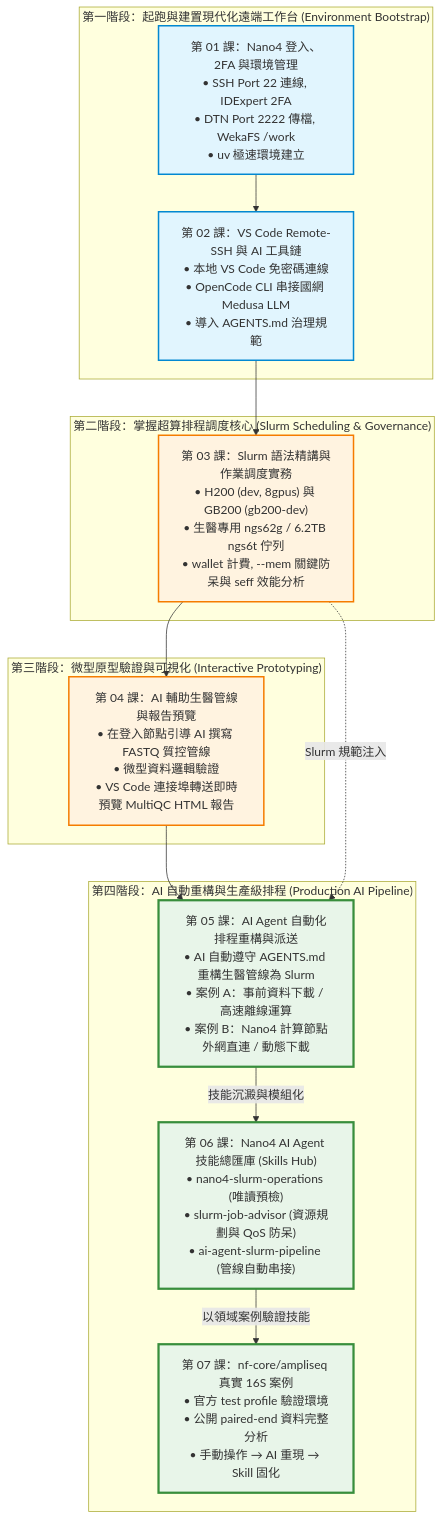
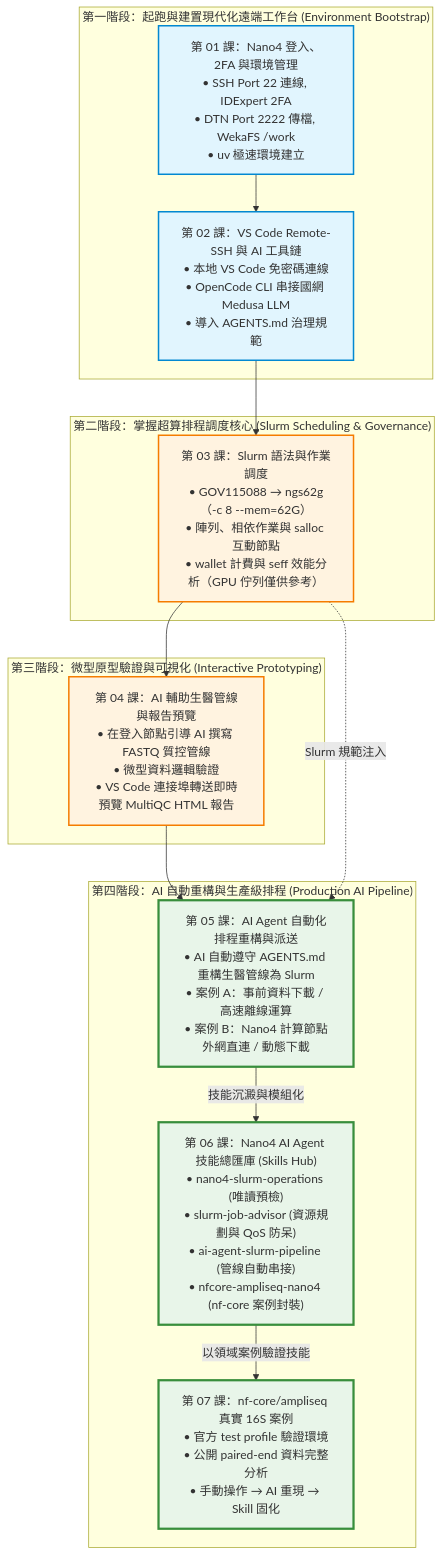
Before and after one commit to gemini960114/Nano4-Docs: the first of 2 diagrams in README.md, drawn with Mermaid. The commit also changed other lines of this file and 97 other files, not shown here.

First line of the commit message:
docs: align course with GP1 ngs62g rules and verify every Slurm lab

````diff
--- a/README.md
+++ b/README.md
@@ -36,36 +40,36 @@
 ```mermaid
 flowchart TD
     subgraph S1["第一階段：起跑與建置現代化遠端工作台 (Environment Bootstrap)"]
         C1["第 01 課：Nano4 登入、2FA 與環境管理<br>• SSH Port 22 連線, IDExpert 2FA<br>• DTN Port 2222 傳檔, WekaFS /work<br>• uv 極速環境建立"]
         C2["第 02 課：VS Code Remote-SSH 與 AI 工具鏈<br>• 本地 VS Code 免密碼連線<br>• OpenCode CLI 串接國網 Medusa LLM<br>• 導入 AGENTS.md 治理規範"]
         C1 --> C2
     end
 
     subgraph S2["第二階段：掌握超算排程調度核心 (Slurm Scheduling & Governance)"]
-        C3["第 03 課：Slurm 語法精講與作業調度實務<br>• H200 (dev, 8gpus) 與 GB200 (gb200-dev)<br>• 生醫專用 ngs62g / 6.2TB ngs6t 佇列<br>• wallet 計費, --mem 關鍵防呆與 seff 效能分析"]
+        C3["第 03 課：Slurm 語法與作業調度<br>• GOV115088 → ngs62g（-c 8 --mem=62G）<br>• 陣列、相依作業與 salloc 互動節點<br>• wallet 計費與 seff 效能分析（GPU 佇列僅供參考）"]
         C2 --> C3
     end
 
     subgraph S3["第三階段：微型原型驗證與可視化 (Interactive Prototyping)"]
         C4["第 04 課：AI 輔助生醫管線與報告預覽<br>• 在登入節點引導 AI 撰寫 FASTQ 質控管線<br>• 微型資料邏輯驗證<br>• VS Code 連接埠轉送即時預覽 MultiQC HTML 報告"]
         C3 --> C4
     end
 
     subgraph S4["第四階段：AI 自動重構與生產級排程 (Production AI Pipeline)"]
         C5["第 05 課：AI Agent 自動化排程重構與派送<br>• AI 自動遵守 AGENTS.md 重構生醫管線為 Slurm<br>• 案例 A：事前資料下載 / 高速離線運算<br>• 案例 B：Nano4 計算節點外網直連 / 動態下載"]
-        C6["第 06 課：Nano4 AI Agent 技能總匯庫 (Skills Hub)<br>• nano4-slurm-operations (唯讀預檢)<br>• slurm-job-advisor (資源規劃與 QoS 防呆)<br>• ai-agent-slurm-pipeline (管線自動串接)"]
+        C6["第 06 課：Nano4 AI Agent 技能總匯庫 (Skills Hub)<br>• nano4-slurm-operations (唯讀預檢)<br>• slurm-job-advisor (資源規劃與 QoS 防呆)<br>• ai-agent-slurm-pipeline (管線自動串接)<br>• nfcore-ampliseq-nano4 (nf-core 案例封裝)"]
         C7["第 07 課：nf-core/ampliseq 真實 16S 案例<br>• 官方 test profile 驗證環境<br>• 公開 paired-end 資料完整分析<br>• 手動操作 → AI 重現 → Skill 固化"]
         C4 --> C5
         C3 -.->|Slurm 規範注入| C5
         C5 -->|技能沉澱與模組化| C6
         C6 -->|以領域案例驗證技能| C7
     end
 
     classDef primary fill:#e1f5fe,stroke:#0288d1,stroke-width:2px;
     classDef highlight fill:#fff3e0,stroke:#f57c00,stroke-width:2px;
     classDef capstone fill:#e8f5e9,stroke:#388e3c,stroke-width:3px;
 
     class C1,C2 primary;
     class C3,C4 highlight;
     class C5,C6,C7 capstone;
 ```
````
